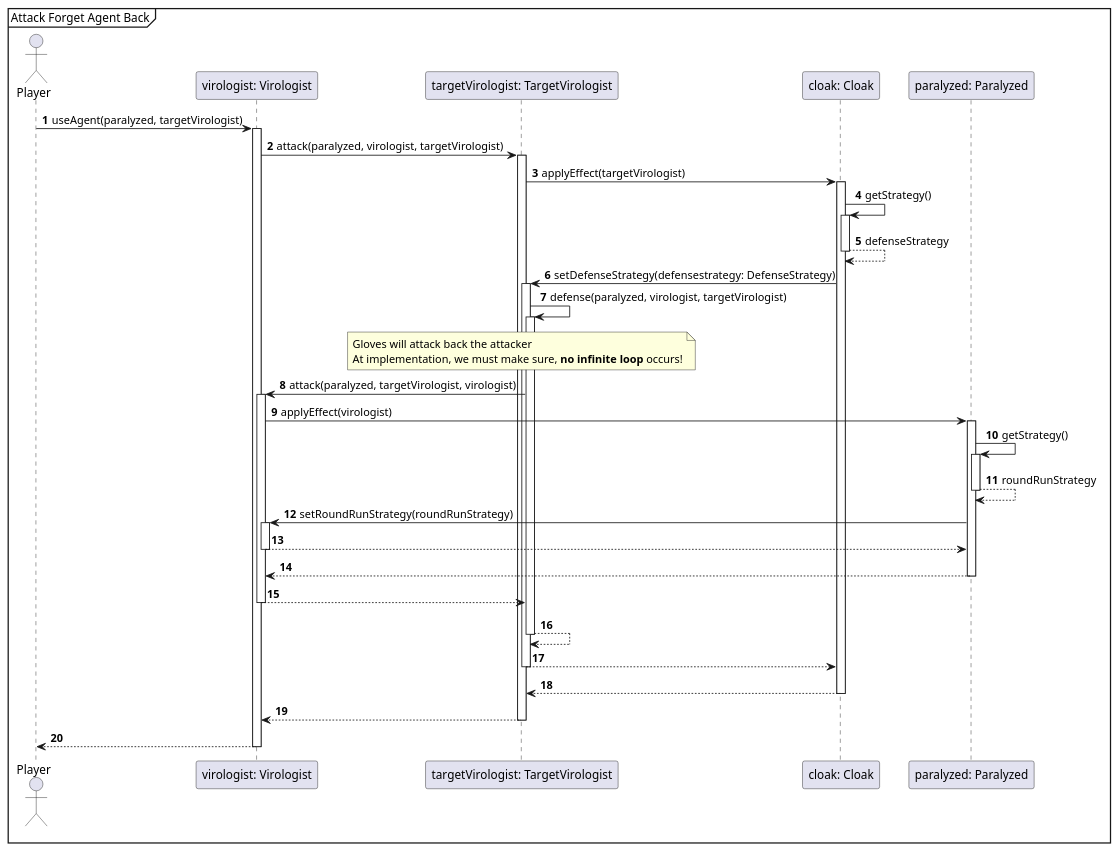
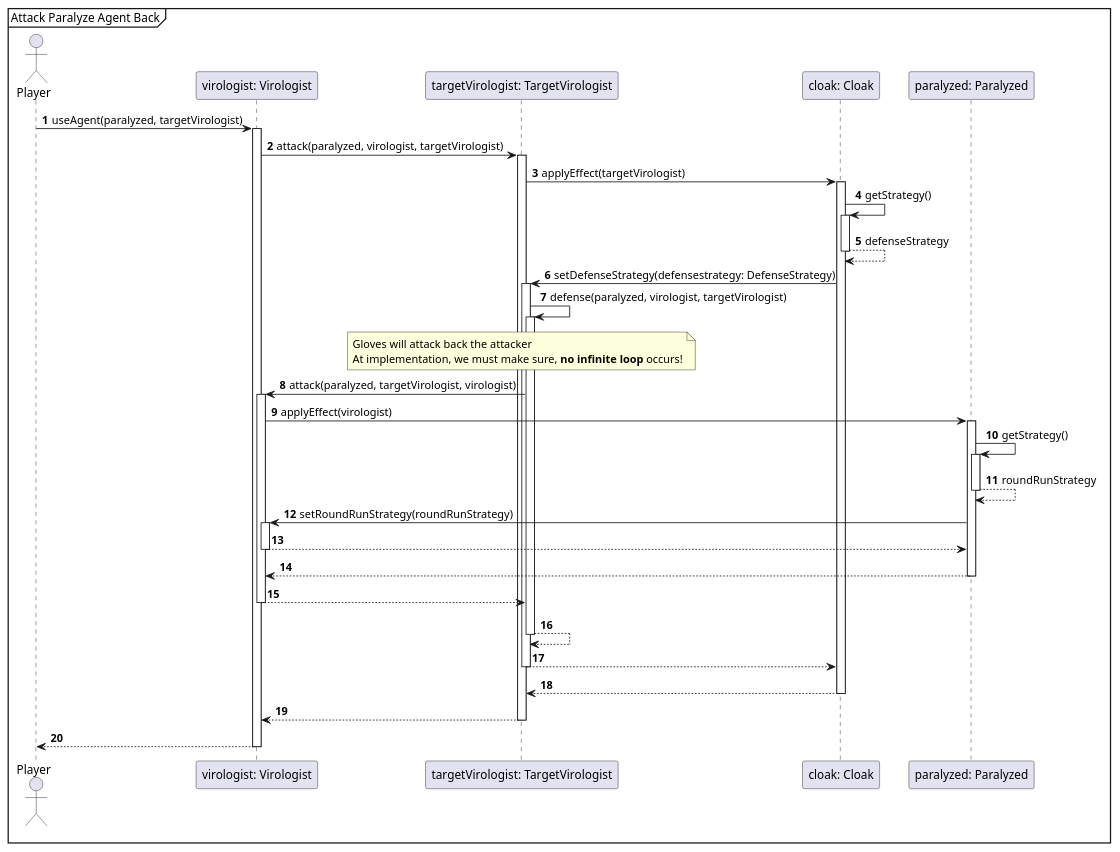
Before and after one commit to Projlab-csb/projlab-virologus: the diagram in Exact Sequence-diagrams/AttackParalyzeAgentBACK.puml, drawn with PlantUML. The commit also changed 16 other files, not shown here.

```diff
--- a/Exact Sequence-diagrams/AttackParalyzeAgentBACK.puml
+++ b/Exact Sequence-diagrams/AttackParalyzeAgentBACK.puml
@@ -1,42 +1,42 @@
 @startuml
 'https://plantuml.com/sequence-diagram
 
 autonumber
 
-mainframe Attack Forget Agent Back
+mainframe Attack Paralyze Agent Back
 
 actor Player
 
 Player -> "virologist: Virologist"++: useAgent(paralyzed, targetVirologist)
 "virologist: Virologist" -> "targetVirologist: TargetVirologist"++: attack(paralyzed, virologist, targetVirologist)
 "targetVirologist: TargetVirologist" -> "cloak: Cloak"++ : applyEffect(targetVirologist)
 "cloak: Cloak" -> "cloak: Cloak"++ : getStrategy()
 "cloak: Cloak" --> "cloak: Cloak"-- : defenseStrategy
 
 "cloak: Cloak" -> "targetVirologist: TargetVirologist"++: setDefenseStrategy(defensestrategy: DefenseStrategy)
 
 "targetVirologist: TargetVirologist" -> "targetVirologist: TargetVirologist"++: defense(paralyzed, virologist, targetVirologist)
 
 note over "targetVirologist: TargetVirologist"
     Gloves will attack back the attacker
     At implementation, we must make sure, **no infinite loop** occurs!
 end note
 
 "targetVirologist: TargetVirologist" -> "virologist: Virologist"++: attack(paralyzed, targetVirologist, virologist)
 "virologist: Virologist" -> "paralyzed: Paralyzed"++ : applyEffect(virologist)
 "paralyzed: Paralyzed" -> "paralyzed: Paralyzed"++ : getStrategy()
       "paralyzed: Paralyzed" --> "paralyzed: Paralyzed"-- : roundRunStrategy
       "paralyzed: Paralyzed" -> "virologist: Virologist"++: setRoundRunStrategy(roundRunStrategy)
       "virologist: Virologist" --> "paralyzed: Paralyzed"--
       "paralyzed: Paralyzed" --> "virologist: Virologist"--
 "virologist: Virologist" --> "targetVirologist: TargetVirologist"--
 
 "targetVirologist: TargetVirologist" --> "targetVirologist: TargetVirologist" --
 
 "targetVirologist: TargetVirologist" --> "cloak: Cloak" --
 "cloak: Cloak" --> "targetVirologist: TargetVirologist" --
 
 "targetVirologist: TargetVirologist" --> "virologist: Virologist" --
 
 "virologist: Virologist" --> Player --
 @enduml
```
